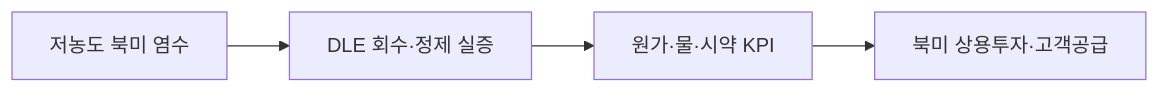
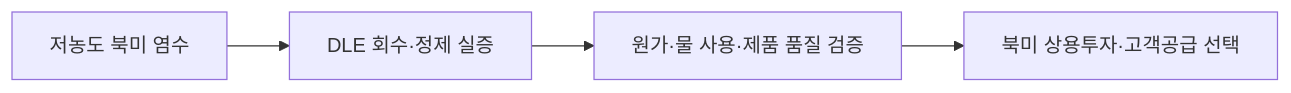
The diagram in market-sensing-wiki/signals/SIG-82BB8B02BF82.md (arik1988/posco-market-sensing-wiki), drawn with Mermaid before and after one commit. The commit also changed other lines of this file and 143 other files, not shown here.

````diff
--- a/market-sensing-wiki/signals/SIG-82BB8B02BF82.md
+++ b/market-sensing-wiki/signals/SIG-82BB8B02BF82.md
@@ -47,6 +49,6 @@
 ```mermaid
 flowchart LR
  A[저농도 북미 염수] --> B[DLE 회수·정제 실증]
- B --> C[원가·물·시약 KPI]
- C --> D[북미 상용투자·고객공급]
+ B --> C[원가·물 사용·제품 품질 검증]
+ C --> D[북미 상용투자·고객공급 선택]
 ```
````
